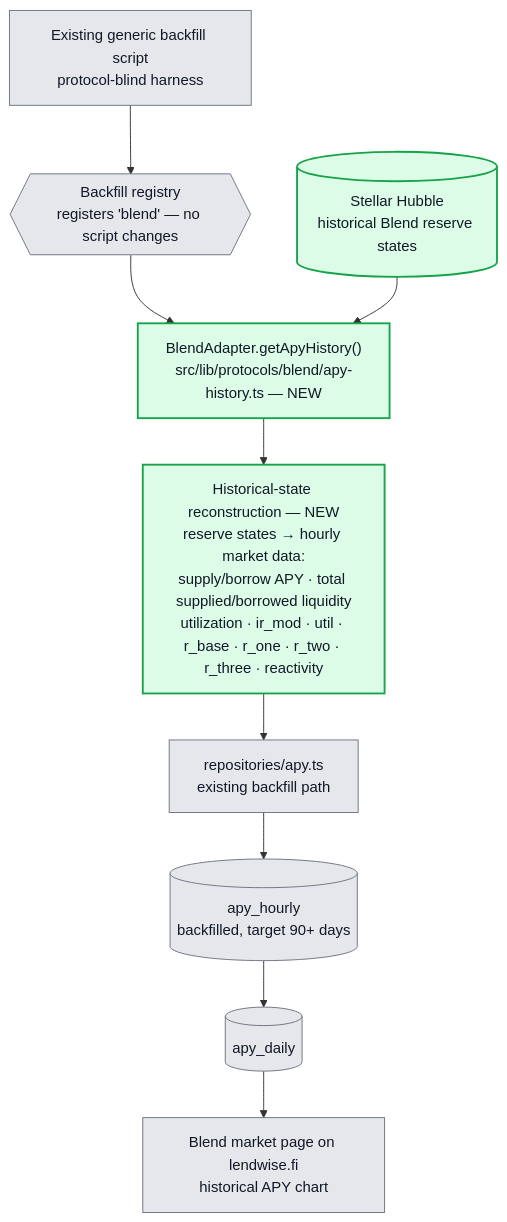
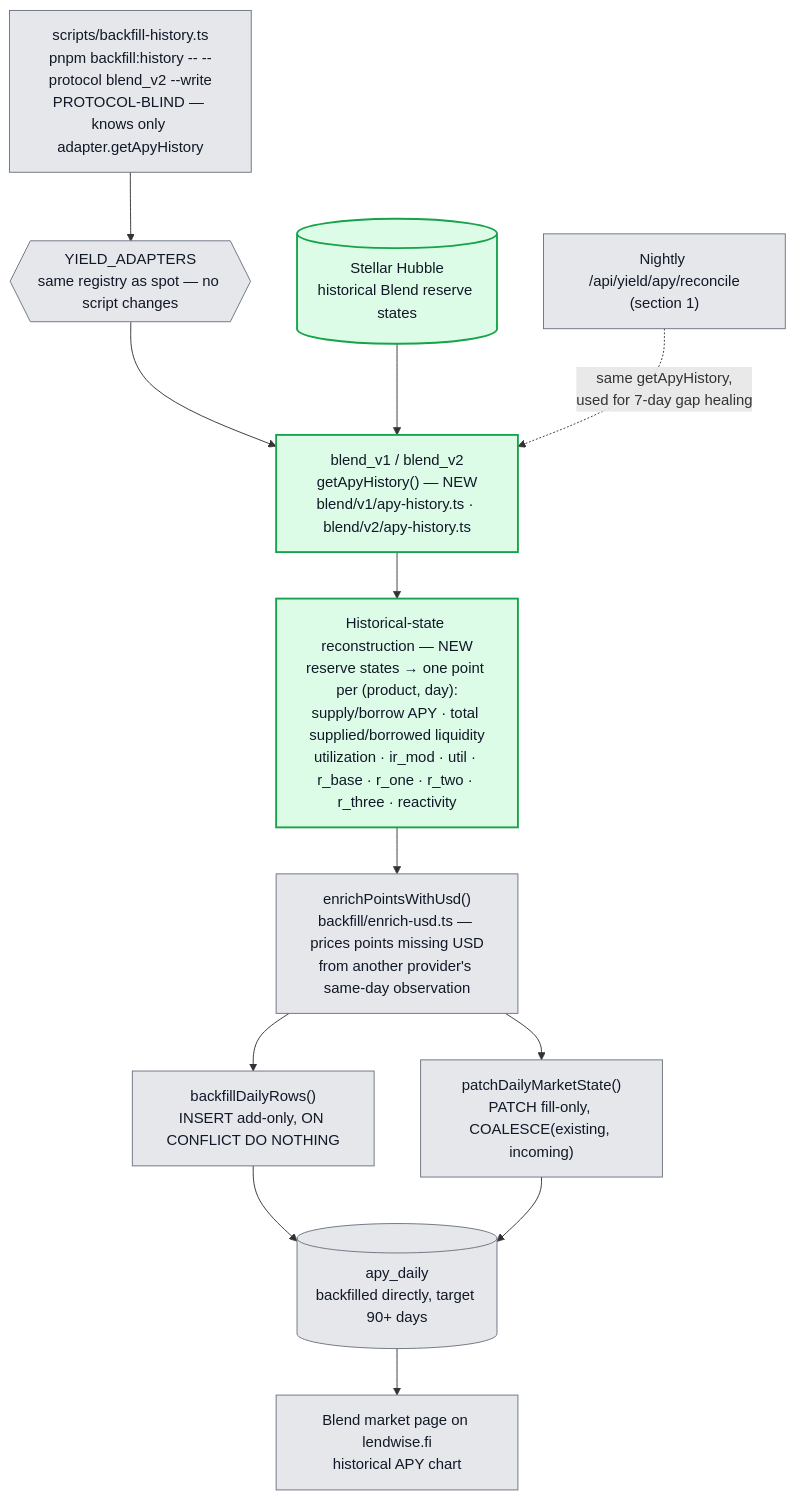
Before and after one commit to cedricmagne/lendwise: the second of 3 diagrams in docs/architecture-blend-flow.md, drawn with Mermaid. The commit also changed other lines of this file and 1 other file, not shown here.

Commit message:
chore: update architecture stellar & bland diagram

````diff
--- a/docs/architecture-blend-flow.md
+++ b/docs/architecture-blend-flow.md
@@ -98,19 +112,24 @@
 ```mermaid
 flowchart TD
-    BackfillCron["Existing generic backfill script<br/>protocol-blind harness"] --> Registry2{{"Backfill registry<br/>registers 'blend' — no script changes"}}
-    Registry2 --> BlendHistory["BlendAdapter.getApyHistory()<br/>src/lib/protocols/blend/apy-history.ts — NEW"]
+    BackfillScript["scripts/backfill-history.ts<br/>pnpm backfill:history -- --protocol blend_v2 --write<br/>PROTOCOL-BLIND — knows only adapter.getApyHistory"] --> Registry3{{"YIELD_ADAPTERS<br/>same registry as spot — no script changes"}}
+    Registry3 --> BlendHistory["blend_v1 / blend_v2<br/>getApyHistory() — NEW<br/>blend/v1/apy-history.ts · blend/v2/apy-history.ts"]
 
     Hubble[("Stellar Hubble<br/>historical Blend reserve states")] --> BlendHistory
-    BlendHistory --> Reconstruct["Historical-state reconstruction — NEW<br/>reserve states → hourly market data:<br/>supply/borrow APY · total supplied/borrowed liquidity<br/>utilization · ir_mod · util · r_base · r_one · r_two · r_three · reactivity"]
+    BlendHistory --> Reconstruct["Historical-state reconstruction — NEW<br/>reserve states → one point per (product, day):<br/>supply/borrow APY · total supplied/borrowed liquidity<br/>utilization · ir_mod · util · r_base · r_one · r_two · r_three · reactivity"]
 
-    Reconstruct --> ApyRepo2["repositories/apy.ts<br/>existing backfill path"]
-    ApyRepo2 --> Hourly2[("apy_hourly<br/>backfilled, target 90+ days")]
-    Hourly2 --> Daily2[("apy_daily")]
+    Reconstruct --> Enrich["enrichPointsWithUsd()<br/>backfill/enrich-usd.ts — prices points missing USD<br/>from another provider's same-day observation"]
+    Enrich --> Insert["backfillDailyRows()<br/>INSERT add-only, ON CONFLICT DO NOTHING"]
+    Enrich --> Patch["patchDailyMarketState()<br/>PATCH fill-only, COALESCE(existing, incoming)"]
+    Insert --> Daily2[("apy_daily<br/>backfilled directly, target 90+ days")]
+    Patch --> Daily2
+
     Daily2 --> Chart["Blend market page on lendwise.fi<br/>historical APY chart"]
+
+    Reconcile2["Nightly /api/yield/apy/reconcile<br/>(section 1)"] -.->|"same getApyHistory,<br/>used for 7-day gap healing"| BlendHistory
 
     classDef core fill:#e5e7eb,stroke:#6b7280,color:#111827;
     classDef stellar fill:#dcfce7,stroke:#16a34a,color:#111827,stroke-width:2px;
 
-    class BackfillCron,Registry2,ApyRepo2,Hourly2,Daily2,Chart core;
+    class BackfillScript,Registry3,Enrich,Insert,Patch,Daily2,Chart,Reconcile2 core;
     class BlendHistory,Hubble,Reconstruct stellar;
 ```
````
